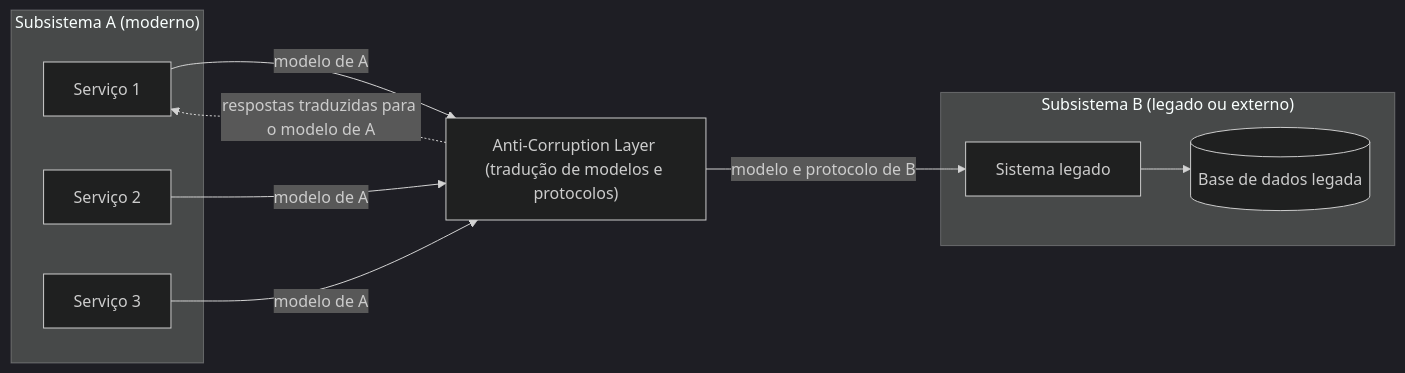
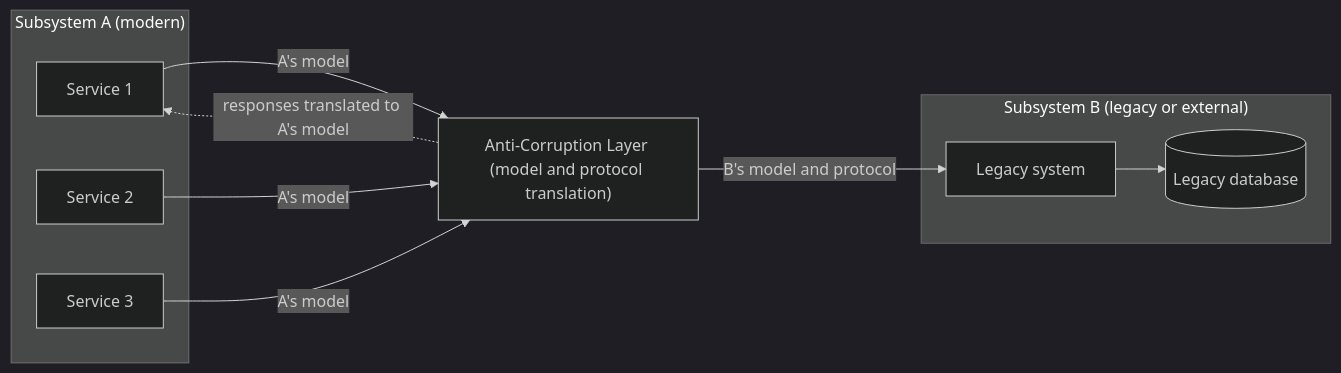
The diagram in docs/cloud/cloud-design-patterns/integration-and-modernization/anti-corruption-layer.md (alancesar/design-patterns), drawn with Mermaid (dark theme) before and after one commit. The commit also changed 258 other files, not shown here.

First line of the commit message:
Translate Mermaid diagrams to English

````diff
--- a/docs/cloud/cloud-design-patterns/integration-and-modernization/anti-corruption-layer.md
+++ b/docs/cloud/cloud-design-patterns/integration-and-modernization/anti-corruption-layer.md
@@ -70,19 +70,19 @@
 ```mermaid
 flowchart LR
-    subgraph A["Subsistema A (moderno)"]
-        S1[Serviço 1]
-        S2[Serviço 2]
-        S3[Serviço 3]
+    subgraph A["Subsystem A (modern)"]
+        S1[Service 1]
+        S2[Service 2]
+        S3[Service 3]
     end
-    ACL["Anti-Corruption Layer (tradução de modelos e protocolos)"]
-    subgraph B["Subsistema B (legado ou externo)"]
-        L[Sistema legado]
-        DB[(Base de dados legada)]
+    ACL["Anti-Corruption Layer (model and protocol translation)"]
+    subgraph B["Subsystem B (legacy or external)"]
+        L[Legacy system]
+        DB[(Legacy database)]
     end
-    S1 -->|"modelo de A"| ACL
-    S2 -->|"modelo de A"| ACL
-    S3 -->|"modelo de A"| ACL
-    ACL -->|"modelo e protocolo de B"| L
+    S1 -->|"A's model"| ACL
+    S2 -->|"A's model"| ACL
+    S3 -->|"A's model"| ACL
+    ACL -->|"B's model and protocol"| L
     L --> DB
-    ACL -.->|"respostas traduzidas para o modelo de A"| S1
+    ACL -.->|"responses translated to A's model"| S1
 ```
````
